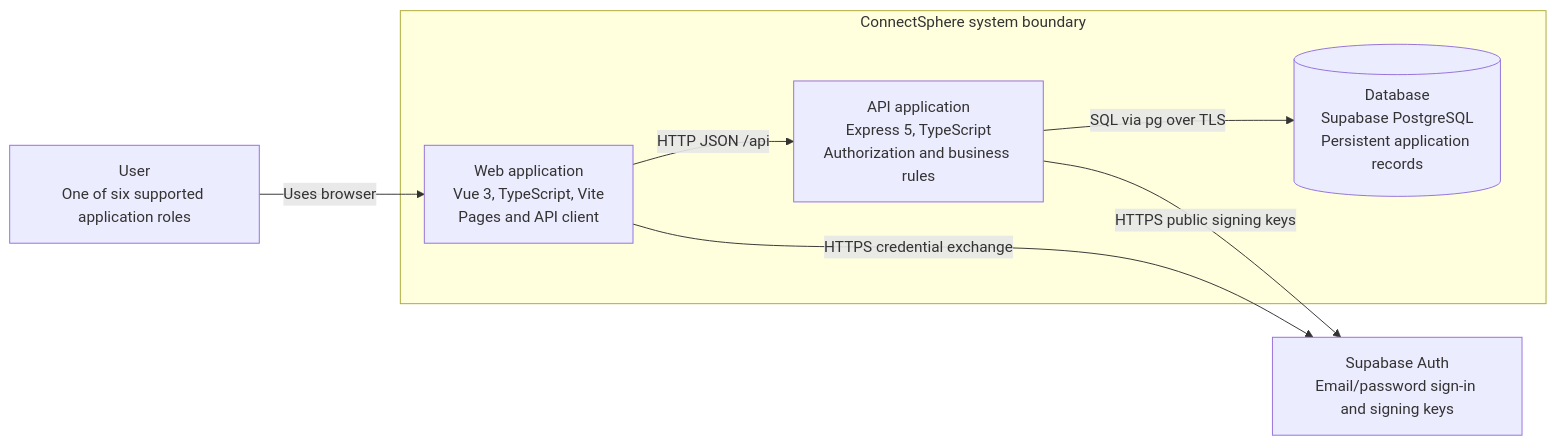
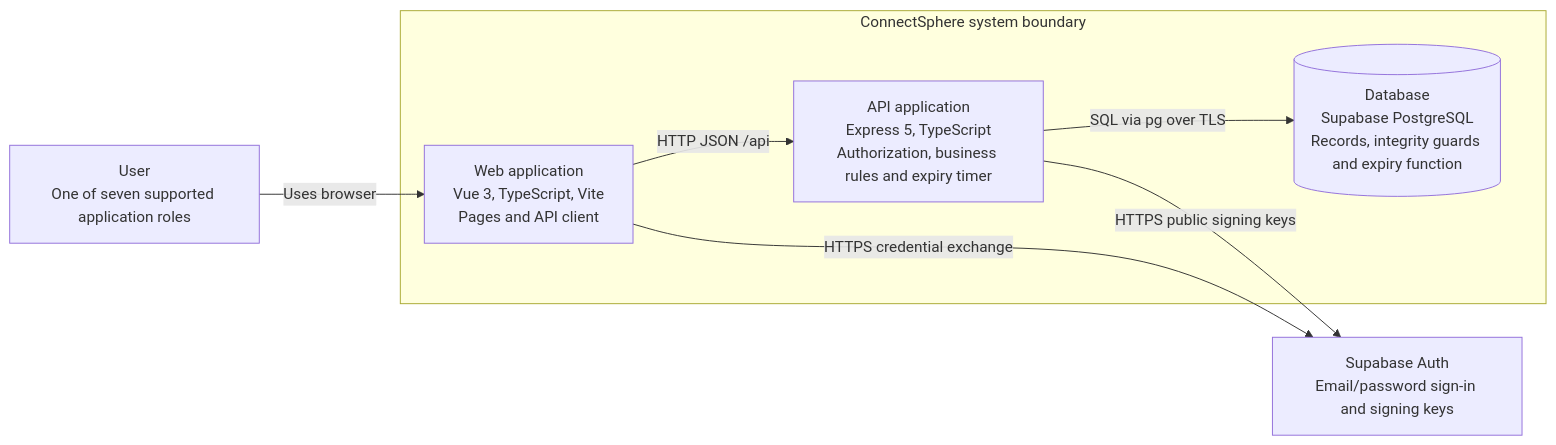
One commit to MochaLxtte/ConnectSphere changed the second of 14 diagrams in docs/architecture/README.md. Above: the diagram before and after it, drawn with Mermaid. The commit also changed other lines of this file and 163 other files, not shown here.

First line of the commit message:
docs: reconcile release acceptance, coverage and architecture evidence

````diff
--- a/docs/architecture/README.md
+++ b/docs/architecture/README.md
@@ -42,15 +60,15 @@
 ```mermaid
 flowchart LR
-  user["User<br/>One of six supported application roles"]
+  user["User<br/>One of seven supported application roles"]
   identity["Supabase Auth<br/>Email/password sign-in and signing keys"]
   subgraph boundary["ConnectSphere system boundary"]
     web["Web application<br/>Vue 3, TypeScript, Vite<br/>Pages and API client"]
-    api["API application<br/>Express 5, TypeScript<br/>Authorization and business rules"]
-    db[("Database<br/>Supabase PostgreSQL<br/>Persistent application records")]
+    api["API application<br/>Express 5, TypeScript<br/>Authorization, business rules and expiry timer"]
+    db[("Database<br/>Supabase PostgreSQL<br/>Records, integrity guards and expiry function")]
   end
   user -->|Uses browser| web
   web -->|HTTP JSON /api| api
   web -->|HTTPS credential exchange| identity
   api -->|HTTPS public signing keys| identity
   api -->|SQL via pg over TLS| db
 ```
````
